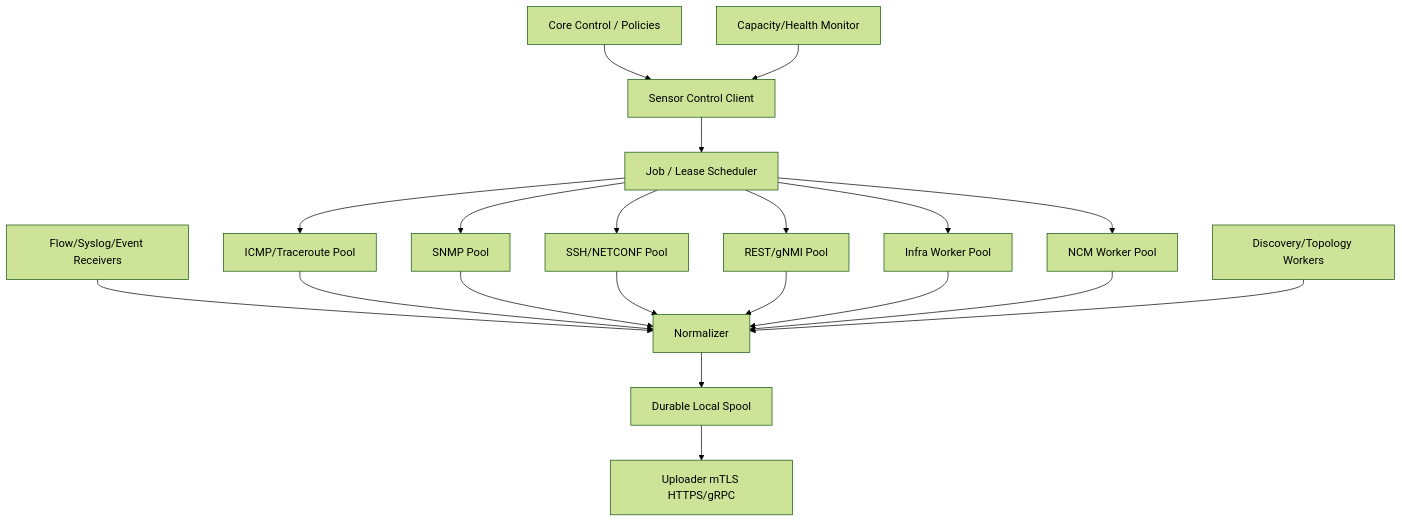
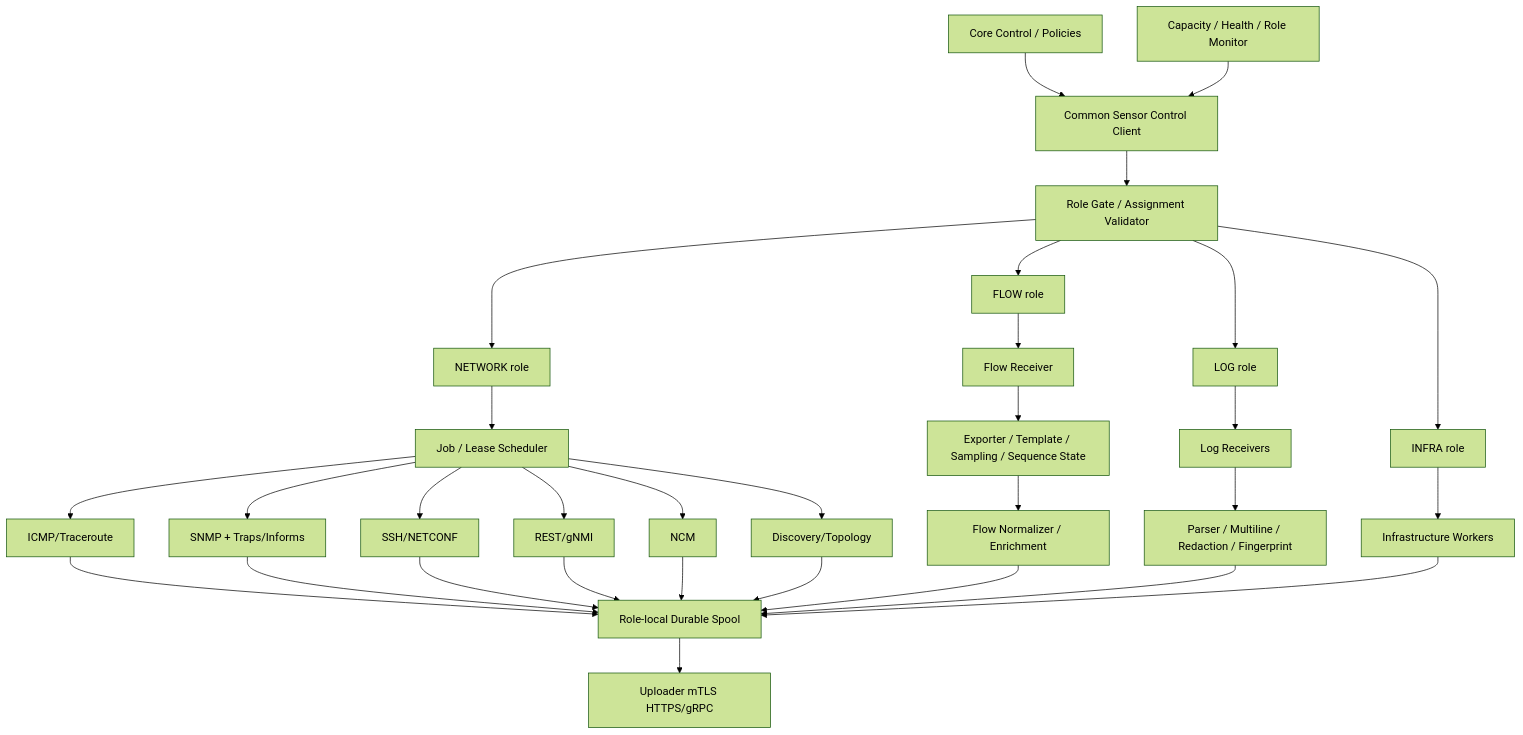
The second of 4 diagrams in project_documentation/Platform_04_HLD.md (gagandsm-max/platform), drawn with Mermaid (forest theme) before and after one commit. The commit also changed other lines of this file, not shown here.

Commit message:
docs: define dedicated Flow/Log Sensor HLD

````diff
--- a/project_documentation/Platform_04_HLD.md
+++ b/project_documentation/Platform_04_HLD.md
@@ -267,22 +269,40 @@
 ```mermaid
 flowchart TB
-  CTRL[Core Control / Policies] --> CLIENT[Sensor Control Client]
-  CLIENT --> JOB[Job / Lease Scheduler]
-  JOB --> ICMP[ICMP/Traceroute Pool]
-  JOB --> SNMP[SNMP Pool]
-  JOB --> SSH[SSH/NETCONF Pool]
-  JOB --> API[REST/gNMI Pool]
-  JOB --> INFRA[Infra Worker Pool]
-  JOB --> NCM[NCM Worker Pool]
-  FLOW[Flow/Syslog/Event Receivers] --> NORM[Normalizer]
-  ICMP --> NORM
-  SNMP --> NORM
-  SSH --> NORM
-  API --> NORM
-  INFRA --> NORM
-  NCM --> NORM
-  NORM --> SPOOL[Durable Local Spool]
+  CTRL[Core Control / Policies] --> CLIENT[Common Sensor Control Client]
+  CLIENT --> ROLE[Role Gate / Assignment Validator]
+
+  ROLE --> NET[NETWORK role]
+  ROLE --> FLOW[FLOW role]
+  ROLE --> LOG[LOG role]
+  ROLE --> INFRA[INFRA role]
+
+  NET --> JOB[Job / Lease Scheduler]
+  JOB --> ICMP[ICMP/Traceroute]
+  JOB --> SNMP[SNMP + Traps/Informs]
+  JOB --> SSH[SSH/NETCONF]
+  JOB --> API[REST/gNMI]
+  JOB --> NCM[NCM]
+  JOB --> DISC[Discovery/Topology]
+
+  FLOW --> FRX[Flow Receiver]
+  FRX --> FSTATE[Exporter / Template / Sampling / Sequence State]
+  FSTATE --> FNORM[Flow Normalizer / Enrichment]
+
+  LOG --> LRX[Log Receivers]
+  LRX --> LNORM[Parser / Multiline / Redaction / Fingerprint]
+
+  INFRA --> IWORK[Infrastructure Workers]
+
+  ICMP --> SPOOL[Role-local Durable Spool]
+  SNMP --> SPOOL
+  SSH --> SPOOL
+  API --> SPOOL
+  NCM --> SPOOL
+  DISC --> SPOOL
+  FNORM --> SPOOL
+  LNORM --> SPOOL
+  IWORK --> SPOOL
+
   SPOOL --> UP[Uploader mTLS HTTPS/gRPC]
-  CAP[Capacity/Health Monitor] --> CLIENT
-  DISC[Discovery/Topology Workers] --> NORM
+  CAP[Capacity / Health / Role Monitor] --> CLIENT
 ```
````
